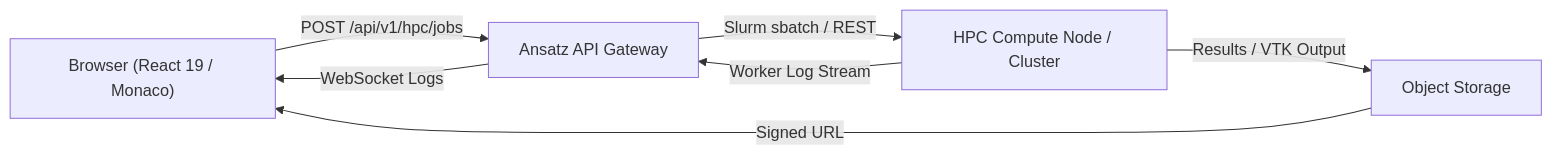
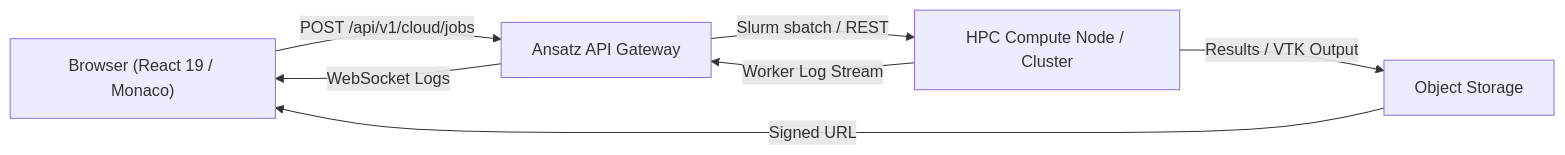
The diagram in apps/docs/docs/ansatz/cloud-hpc.md (modelscript/modelscript), drawn with Mermaid before and after one commit. The commit also changed 42 other files, not shown here.

````diff
--- a/apps/docs/docs/ansatz/cloud-hpc.md
+++ b/apps/docs/docs/ansatz/cloud-hpc.md
@@ -9,9 +9,9 @@
 ```mermaid
 flowchart LR
-    A["Browser (React 19 / Monaco)"] -->|POST /api/v1/hpc/jobs| B["Ansatz API Gateway"]
+    A["Browser (React 19 / Monaco)"] -->|POST /api/v1/cloud/jobs| B["Ansatz API Gateway"]
     B -->|Slurm sbatch / REST| C["HPC Compute Node / Cluster"]
     C -->|Worker Log Stream| B
     B -->|WebSocket Logs| A
     C -->|Results / VTK Output| D["Object Storage"]
     D -->|Signed URL| A
 ```
````
